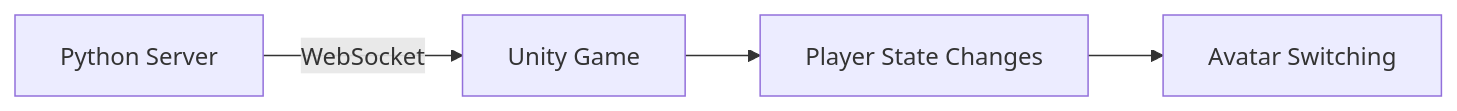
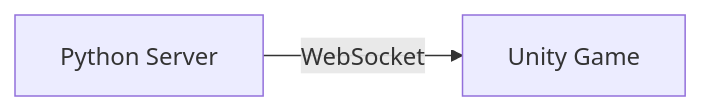
The first of 2 diagrams in ReadMe.md (payam-ranjbar/Speech-Mania-Game), drawn with Mermaid before and after one commit.

Commit message:
read me update

````diff
--- a/ReadMe.md
+++ b/ReadMe.md
@@ -7,6 +7,4 @@
 ```mermaid
 graph LR
     A[Python Server] -->|WebSocket| B[Unity Game]
-    B --> C[Player State Changes]
-    C --> D[Avatar Switching]
 ```
````
